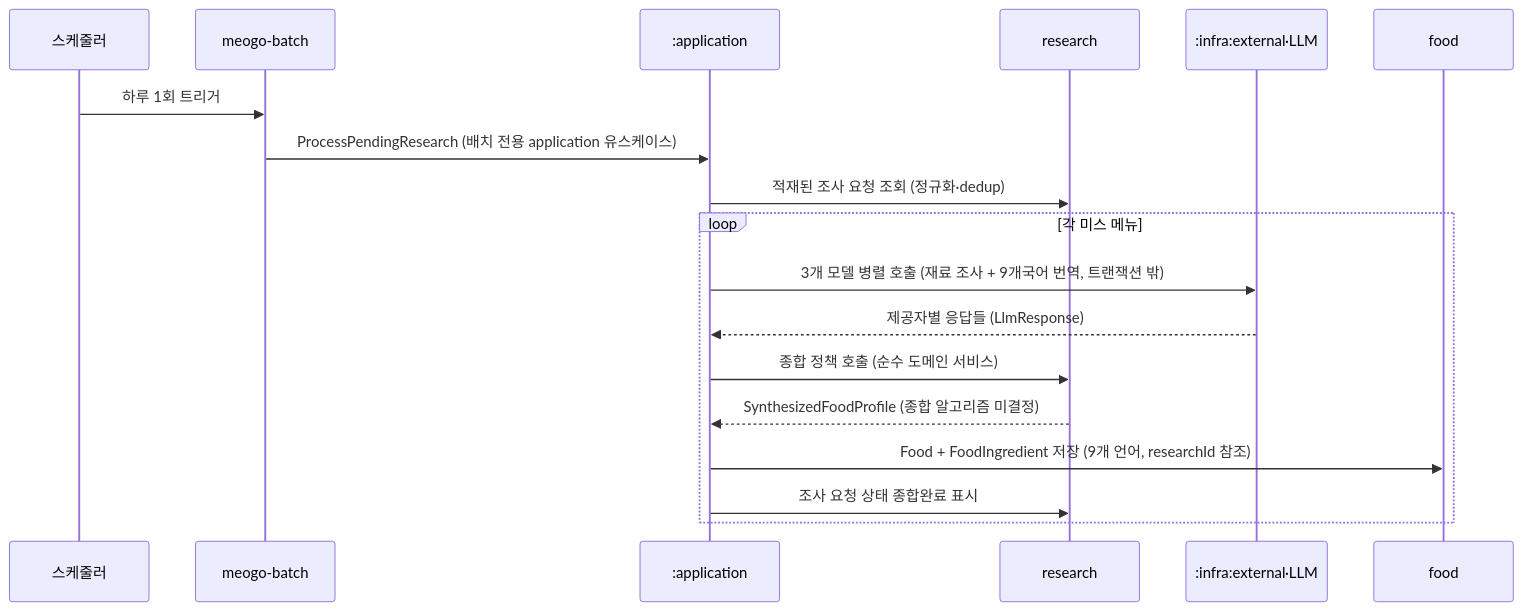
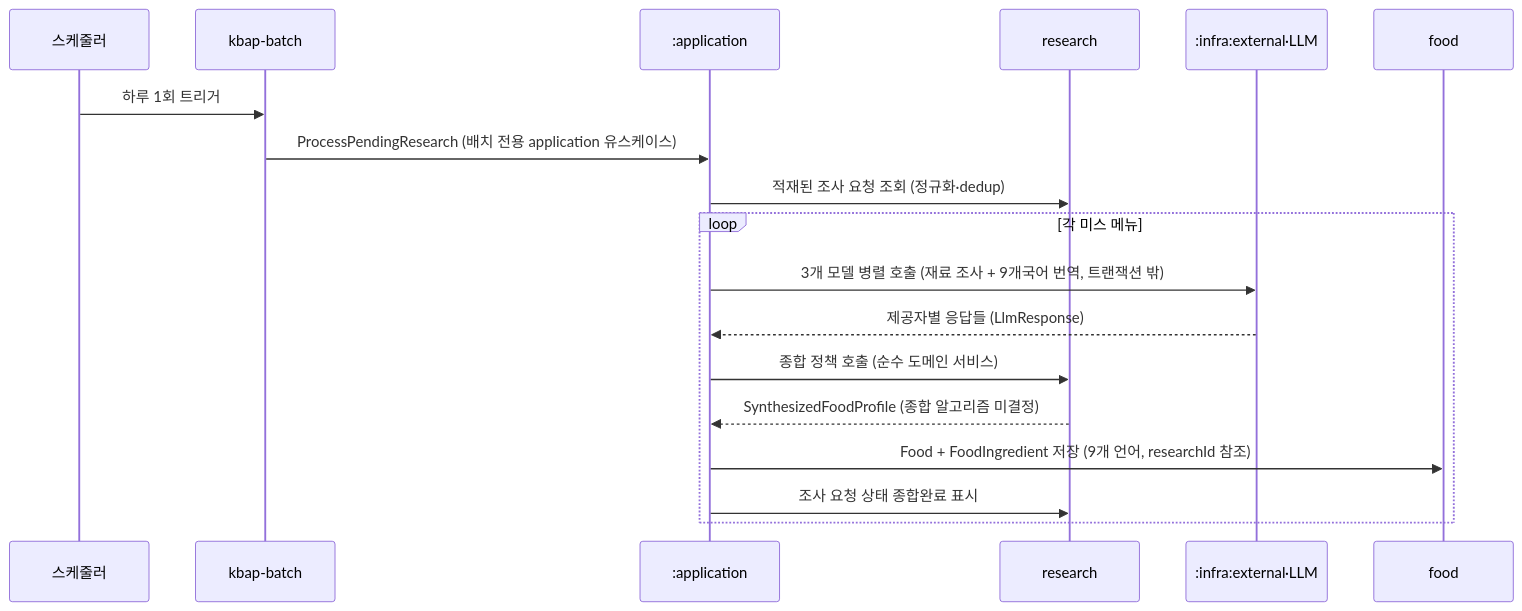
Before and after one commit to team-skyjs/kbap-server: the seventh of 7 diagrams in docs/architecture/use-case-flows.md, drawn with Mermaid. The commit also changed other lines of this file and 570 other files, not shown here.

First line of the commit message:
refactor(project): 프로젝트명 meogo → kbap 전면 리네임

````diff
--- a/docs/architecture/use-case-flows.md
+++ b/docs/architecture/use-case-flows.md
@@ -281,22 +281,22 @@
 ```mermaid
 sequenceDiagram
     participant Sched as 스케줄러
-    participant Batch as meogo-batch
+    participant Batch as kbap-batch
     participant App as :application
     participant Research as research
     participant LLM as :infra:external·LLM
     participant Food as food
 
     Sched->>Batch: 하루 1회 트리거
     Batch->>App: ProcessPendingResearch (배치 전용 application 유스케이스)
     App->>Research: 적재된 조사 요청 조회 (정규화·dedup)
 
     loop 각 미스 메뉴
         App->>LLM: 3개 모델 병렬 호출 (재료 조사 + 9개국어 번역, 트랜잭션 밖)
         LLM-->>App: 제공자별 응답들 (LlmResponse)
         App->>Research: 종합 정책 호출 (순수 도메인 서비스)
         Research-->>App: SynthesizedFoodProfile (종합 알고리즘 미결정)
         App->>Food: Food + FoodIngredient 저장 (9개 언어, researchId 참조)
         App->>Research: 조사 요청 상태 종합완료 표시
     end
 ```
````
